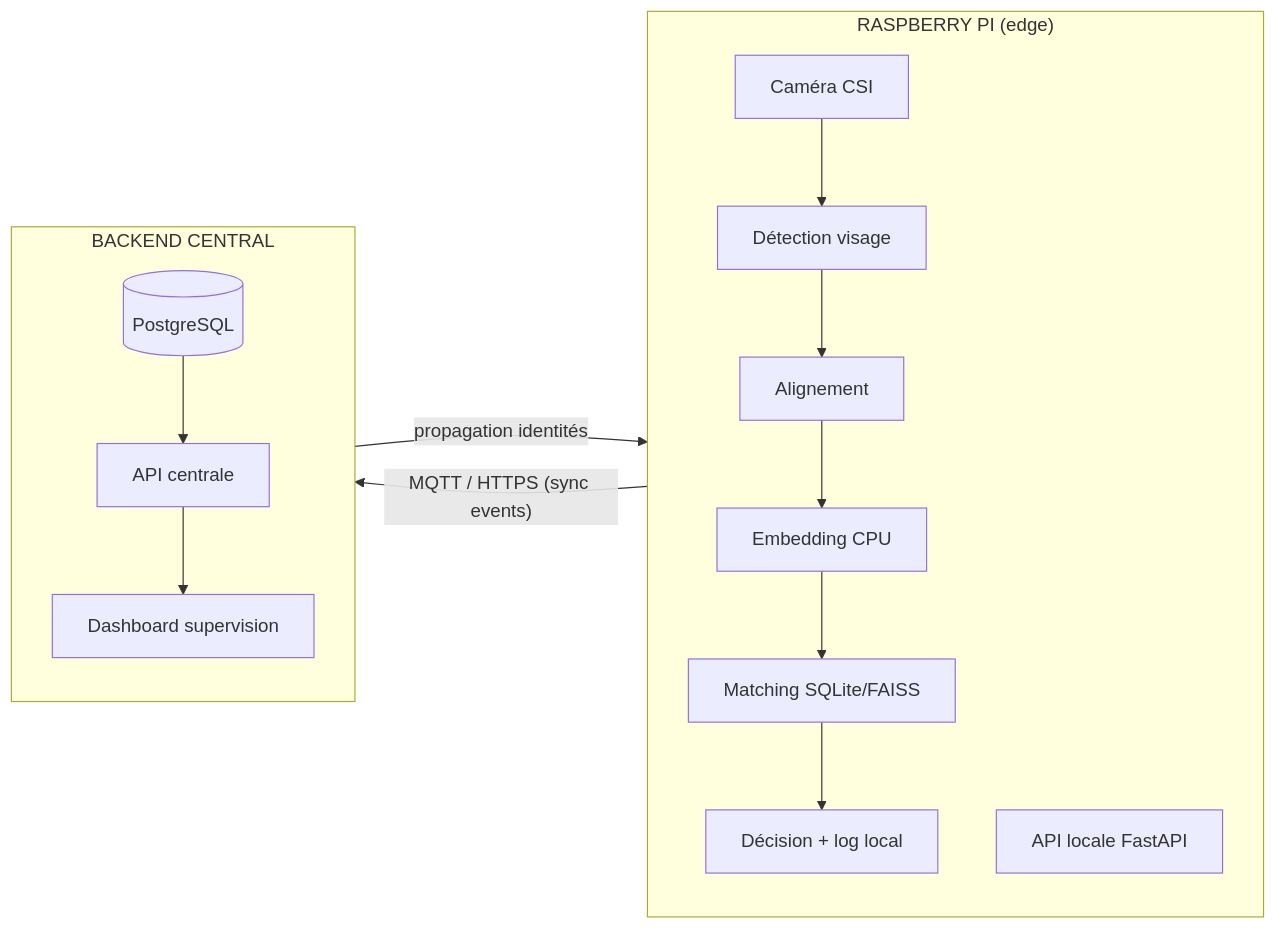
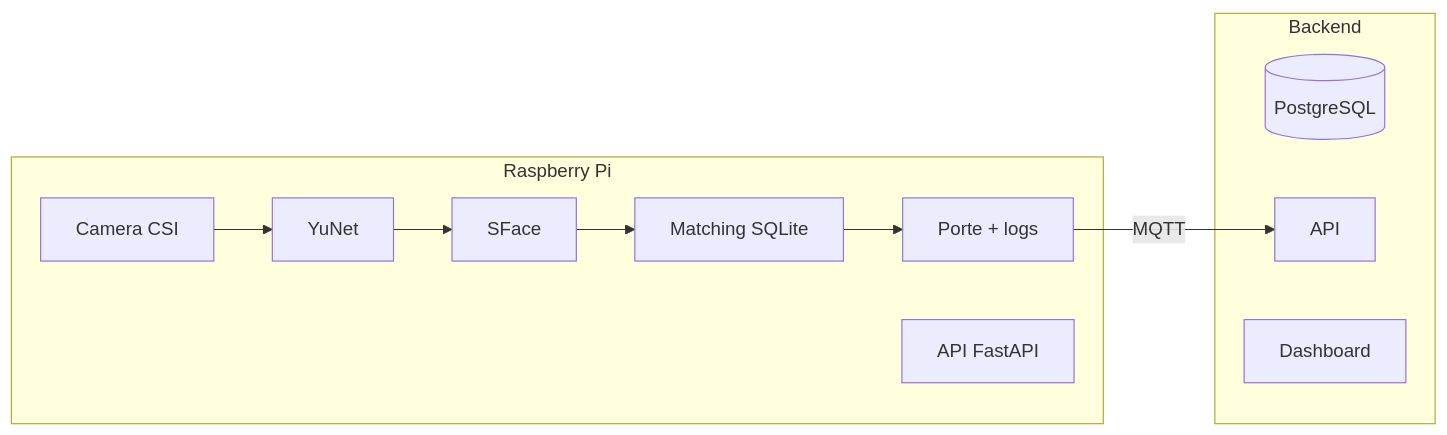
Before and after one commit to kemgangchristian/face-recognition-iot: the diagram in README.md, drawn with Mermaid. The commit also changed other lines of this file and 34 other files, not shown here.

Commit message:
feat: figer SFace en production avec matching 1:N strict

````diff
--- a/README.md
+++ b/README.md
@@ -6,24 +29,16 @@
 ```mermaid
 flowchart LR
-    subgraph EDGE[" RASPBERRY PI (edge)"]
-        direction TB
-        A[Caméra CSI] --> B[Détection visage]
-        B --> C[Alignement]
-        C --> D[Embedding CPU]
-        D --> E[Matching SQLite/FAISS]
-        E --> F[Décision + log local]
-        G[API locale FastAPI]
+    subgraph EDGE["Raspberry Pi"]
+        A[Camera CSI] --> B[YuNet]
+        B --> C[SFace]
+        C --> D[Matching SQLite]
+        D --> E[Porte + logs]
+        F[API FastAPI]
     end
-
-    subgraph CENTRAL[" BACKEND CENTRAL"]
-        direction TB
+    subgraph CENTRAL["Backend"]
         H[(PostgreSQL)]
-        I[API centrale]
-        J[Dashboard supervision]
-        H --> I
-        I --> J
+        I[API]
+        J[Dashboard]
     end
-
-    F -- "MQTT / HTTPS (sync events)" --> I
-    I -- "propagation identités" --> E
+    E -- MQTT --> I
 ```
````
